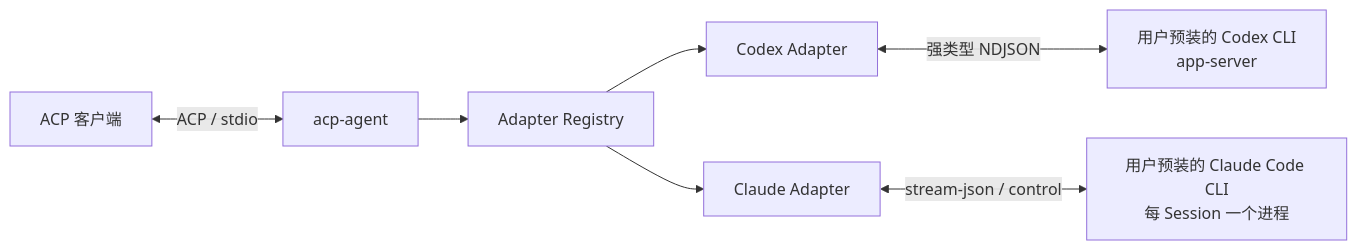
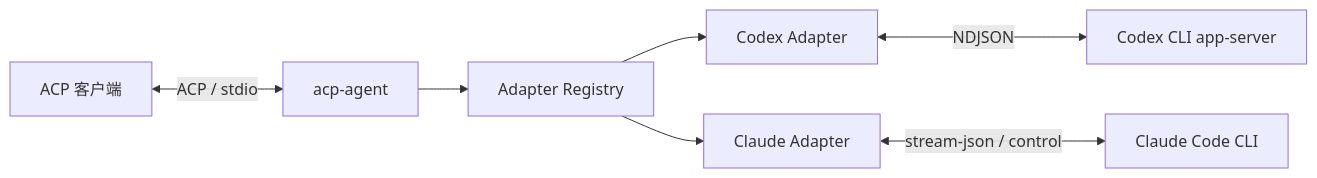
One commit to JieWaZi/acp-go changed the diagram in README.md. Above: the diagram before and after it, drawn with Mermaid. The commit also changed other lines of this file and 155 other files, not shown here.

````diff
--- a/README.md
+++ b/README.md
@@ -71,9 +20,9 @@
 ```mermaid
 flowchart LR
     Client[ACP 客户端] <-->|ACP / stdio| Server[acp-agent]
     Server --> Registry[Adapter Registry]
     Registry --> Codex[Codex Adapter]
     Registry --> Claude[Claude Adapter]
-    Codex <-->|强类型 NDJSON| AppServer[用户预装的 Codex CLI<br/>app-server]
-    Claude <-->|stream-json / control| ClaudeCLI[用户预装的 Claude Code CLI<br/>每 Session 一个进程]
+    Codex <-->|NDJSON| CodexCLI[Codex CLI app-server]
+    Claude <-->|stream-json / control| ClaudeCLI[Claude Code CLI]
 ```
````
